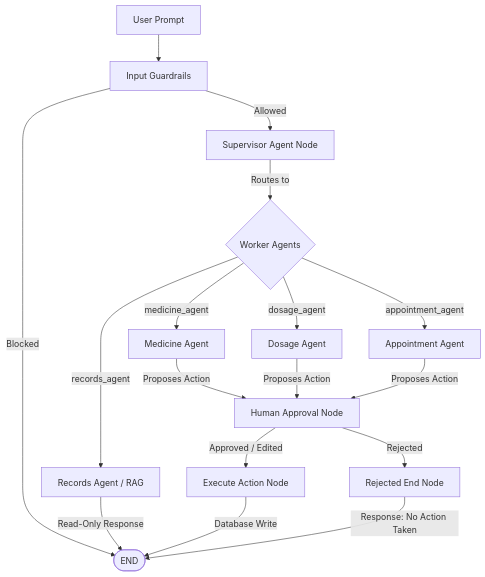
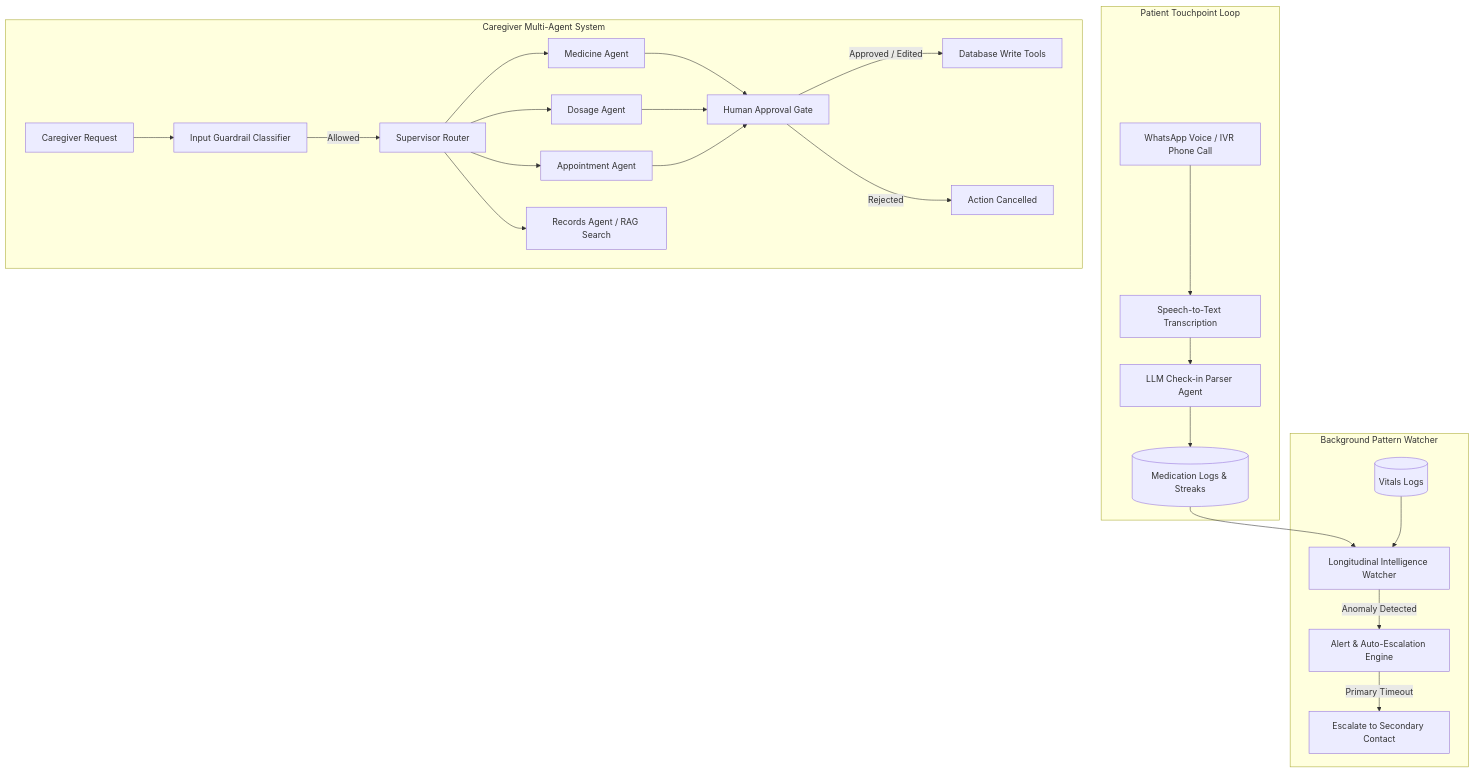
Before and after one commit to harshmriduhash-RL/healthcare-assistant: the diagram in README.md, drawn with Mermaid. The commit also changed other lines of this file and 27 other files, not shown here.

````diff
--- a/README.md
+++ b/README.md
@@ -42,25 +52,28 @@
 ```mermaid
 graph TD
-    UserPrompt[User Prompt] --> Guardrail[Input Guardrails]
-    Guardrail -- Allowed --> Supervisor[Supervisor Agent Node]
-    Guardrail -- Blocked --> End([END])
-    
-    Supervisor -->|Routes to| Workers{Worker Agents}
-    
-    Workers -->|medicine_agent| Med[Medicine Agent]
-    Workers -->|dosage_agent| Dos[Dosage Agent]
-    Workers -->|appointment_agent| Appt[Appointment Agent]
-    Workers -->|records_agent| Recs[Records Agent / RAG]
-    
-    Recs -->|Read-Only Response| End
-    
-    Med -->|Proposes Action| HITL[Human Approval Node]
-    Dos -->|Proposes Action| HITL
-    Appt -->|Proposes Action| HITL
-    
-    HITL -->|Approved / Edited| Exec[Execute Action Node]
-    HITL -->|Rejected| Reject[Rejected End Node]
-    
-    Exec -->|Database Write| End
-    Reject -->|Response: No Action Taken| End
+    subgraph Patient Touchpoint Loop
+        PCall[WhatsApp Voice / IVR Phone Call] --> Speech2Text[Speech-to-Text Transcription]
+        Speech2Text --> CheckinParser[LLM Check-in Parser Agent]
+        CheckinParser --> AdherenceLog[(Medication Logs & Streaks)]
+    end
+
+    subgraph Background Pattern Watcher
+        AdherenceLog --> PatternAgent[Longitudinal Intelligence Watcher]
+        VitalsLog[(Vitals Logs)] --> PatternAgent
+        PatternAgent -->|Anomaly Detected| AlertEngine[Alert & Auto-Escalation Engine]
+        AlertEngine -->|Primary Timeout| SecondaryCaregiver[Escalate to Secondary Contact]
+    end
+
+    subgraph Caregiver Multi-Agent System
+        UserPrompt[Caregiver Request] --> Guardrail[Input Guardrail Classifier]
+        Guardrail -- Allowed --> Supervisor[Supervisor Router]
+        Supervisor --> MedAgent[Medicine Agent]
+        Supervisor --> DosAgent[Dosage Agent]
+        Supervisor --> ApptAgent[Appointment Agent]
+        Supervisor --> RecAgent[Records Agent / RAG Search]
+        
+        MedAgent & DosAgent & ApptAgent --> HITL[Human Approval Gate]
+        HITL -->|Approved / Edited| DBExec[Database Write Tools]
+        HITL -->|Rejected| Cancel[Action Cancelled]
+    end
 ```
````
